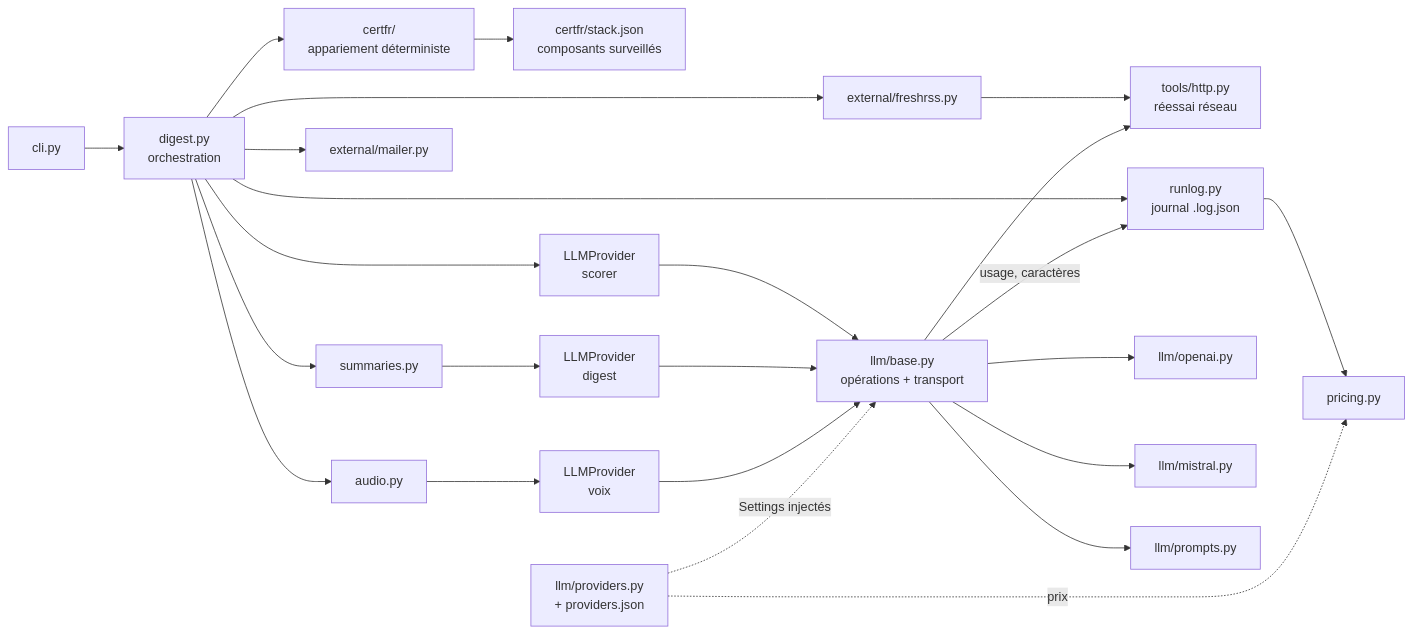
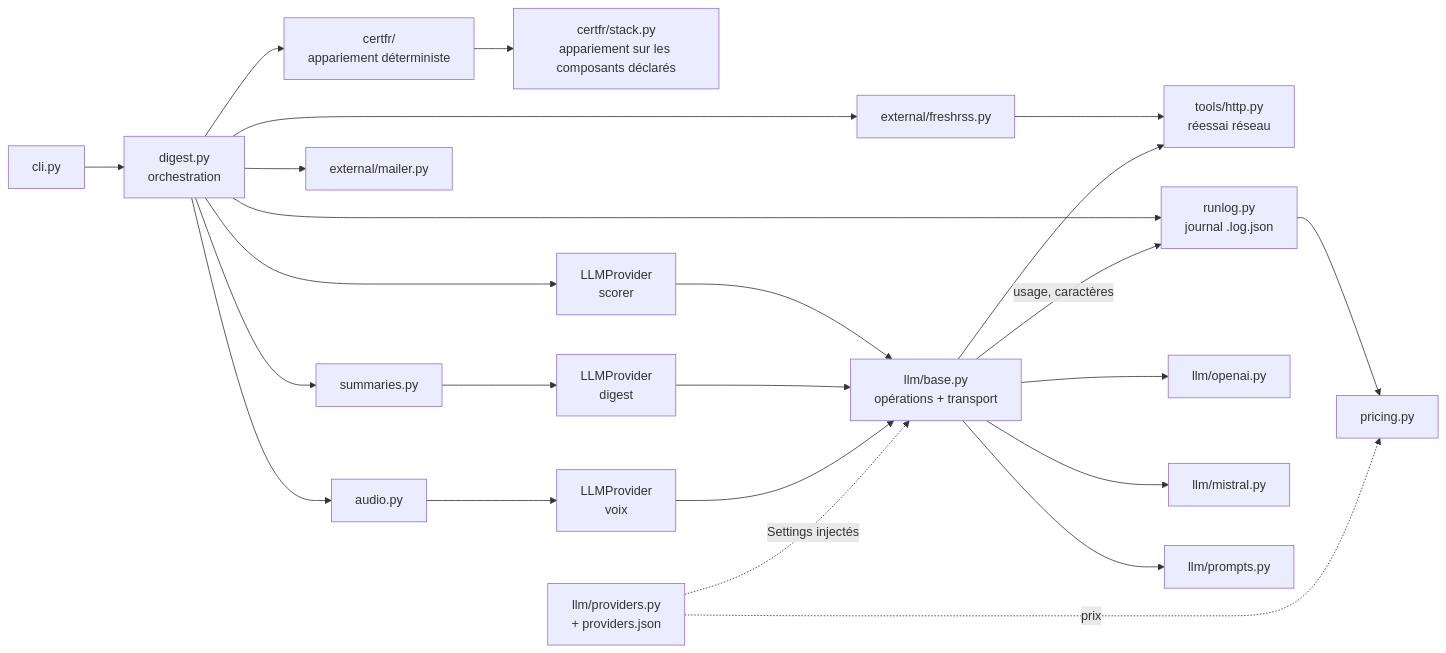
Before and after one commit to odrix/RSSResume: the second of 2 diagrams in FONCTIONNEMENT.md, drawn with Mermaid. The commit also changed other lines of this file and 18 other files, not shown here.

````diff
--- a/FONCTIONNEMENT.md
+++ b/FONCTIONNEMENT.md
@@ -986,24 +1010,24 @@
 ```mermaid
 flowchart LR
     CLI[cli.py] --> DIG[digest.py<br/>orchestration]
     DIG --> FR[external/freshrss.py]
     FR --> HTTP[tools/http.py<br/>réessai réseau]
     DIG --> SU[summaries.py]
     DIG --> AU[audio.py]
     DIG --> MA[external/mailer.py]
     DIG --> RL[runlog.py<br/>journal .log.json]
     DIG --> CF[certfr/<br/>appariement déterministe]
-    CF --> STK[certfr/stack.json<br/>composants surveillés]
+    CF --> STK[certfr/stack.py<br/>appariement sur les composants déclarés]
     DIG --> SC[LLMProvider<br/>scorer]
     SU --> LLMP[LLMProvider<br/>digest]
     AU --> TTS[LLMProvider<br/>voix]
     SC & LLMP & TTS --> BASE[llm/base.py<br/>opérations + transport]
     BASE --> OAI[llm/openai.py]
     BASE --> MIS[llm/mistral.py]
     BASE --> PRO[llm/prompts.py]
     BASE --> HTTP
     BASE -->|usage, caractères| RL
     CFG[llm/providers.py<br/>+ providers.json] -.->|Settings injectés| BASE
     RL --> PRI[pricing.py]
     CFG -.->|prix| PRI
 ```
````
